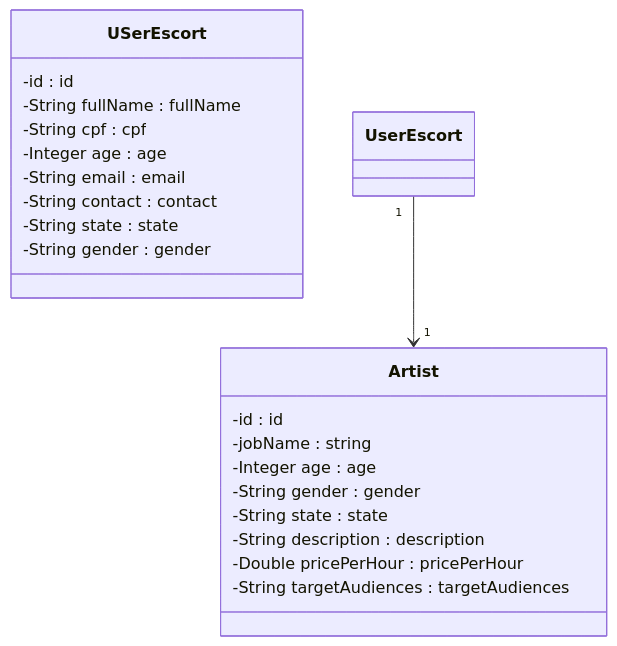
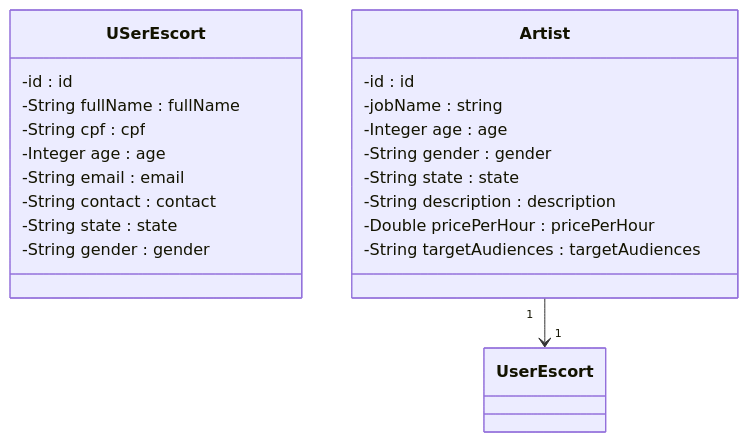
One commit to Gabmasc/NuvellAPI changed the diagram in README.md. Above: the diagram before and after it, drawn with Mermaid.

````diff
--- a/README.md
+++ b/README.md
@@ -18,24 +18,24 @@
 ```mermaid 
 classDiagram
 class USerEscort {
     -id : id
     -String fullName : fullName
     -String cpf : cpf
     -Integer age : age
     -String email : email
     -String contact : contact
     -String state : state
     -String gender : gender
 }
 class Artist{
     -id : id
     -jobName : string
     -Integer age : age
     -String gender : gender
     -String state : state
     -String description : description
     -Double pricePerHour : pricePerHour
     -String targetAudiences : targetAudiences
 }
-UserEscort "1" --> "1" Artist
+Artist "1" --> "1" UserEscort
 ```
````
